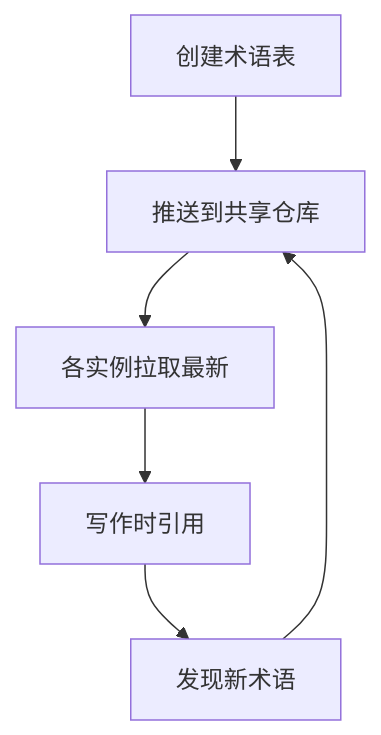
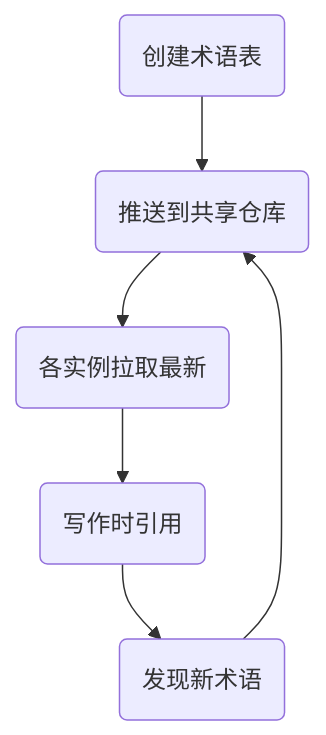
The third of 3 diagrams in src/content/docs/writing/collaboration.mdx (yiweinanzi/ai-research-ebook), drawn with Mermaid before and after one commit. The commit also changed other lines of this file and 12 other files, not shown here.

First line of the commit message:
fix: Mermaid diagrams - remove Chinese punctuation parsing issues

````diff
--- a/src/content/docs/writing/collaboration.mdx
+++ b/src/content/docs/writing/collaboration.mdx
@@ -142,9 +146,11 @@
 ```mermaid
 flowchart TD
-    A[创建术语表] --> B[推送到共享仓库]
-    B --> C[各实例拉取最新]
-    C --> D[写作时引用]
-    D --> E[发现新术语]
+    A(创建术语表) --> B(推送到共享仓库)
+    B --> C(各实例拉取最新)
+    C --> D(写作时引用)
+    D --> E(发现新术语)
     E --> B
 
+
+
 ```
````
